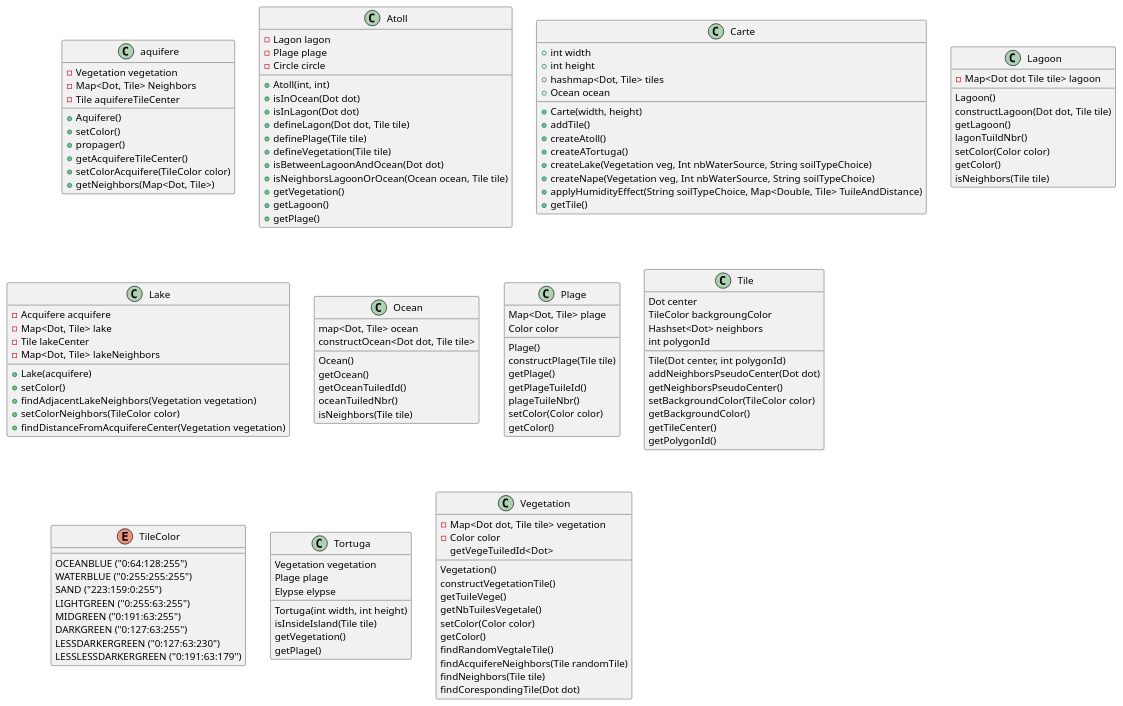
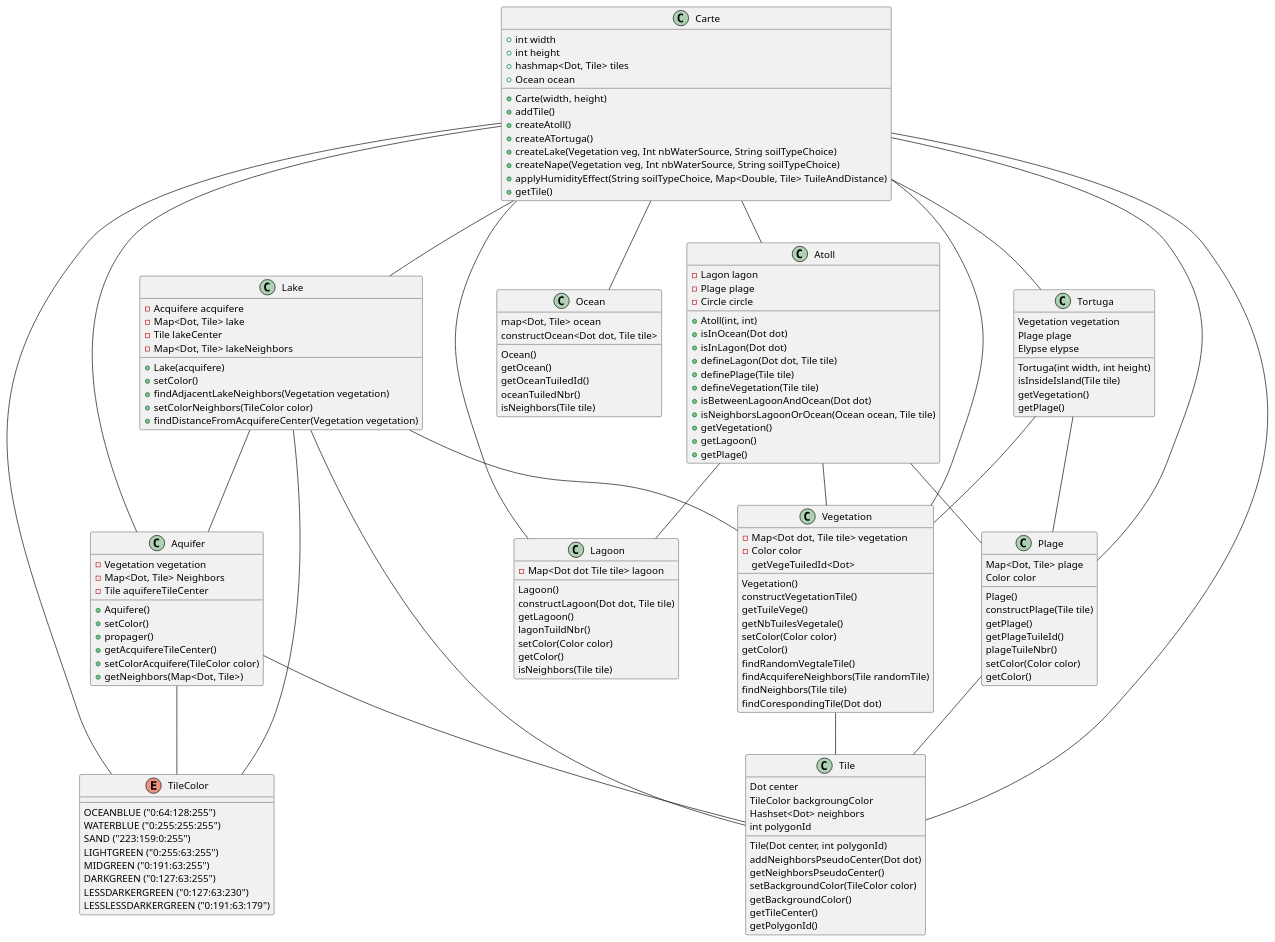
One commit to cryptoswarm/terrain-generator changed the diagram in diagrammeDeClasse_map.puml. Above: the diagram before and after it, drawn with PlantUML.

Commit message:
Link between class.

```diff
--- a/diagrammeDeClasse_map.puml
+++ b/diagrammeDeClasse_map.puml
@@ -1,140 +1,169 @@
 @startuml
 
-class aquifere {
+class Aquifer {
     - Vegetation vegetation
     - Map<Dot, Tile> Neighbors
     - Tile aquifereTileCenter
     + Aquifere()
     + setColor()
     + propager()
     + getAcquifereTileCenter()
     + setColorAcquifere(TileColor color)
     + getNeighbors(Map<Dot, Tile>)
 }
 
 class Atoll {
     - Lagon lagon
     - Plage plage
     - Circle circle
     + Atoll(int, int)
     + isInOcean(Dot dot)
     + isInLagon(Dot dot)
     + defineLagon(Dot dot, Tile tile)
     + definePlage(Tile tile)
     + defineVegetation(Tile tile)
     + isBetweenLagoonAndOcean(Dot dot)
     + isNeighborsLagoonOrOcean(Ocean ocean, Tile tile)
     + getVegetation()
     + getLagoon()
     + getPlage()
 }
 
 class Carte{
     + int width
     + int height
     + hashmap<Dot, Tile> tiles
     + Ocean ocean
     + Carte(width, height)
     + addTile()
     + createAtoll()
     + createATortuga()
     + createLake(Vegetation veg, Int nbWaterSource, String soilTypeChoice)
     + createNape(Vegetation veg, Int nbWaterSource, String soilTypeChoice)
     + applyHumidityEffect(String soilTypeChoice, Map<Double, Tile> TuileAndDistance)
     + getTile()
 }
 class Lagoon {
     - Map<Dot dot Tile tile> lagoon
     Lagoon()
     constructLagoon(Dot dot, Tile tile)
     getLagoon()
     lagonTuildNbr()
     setColor(Color color)
     getColor()
     isNeighbors(Tile tile)
 }
 
 class Lake{
     - Acquifere acquifere
     - Map<Dot, Tile> lake
     - Tile lakeCenter
     - Map<Dot, Tile> lakeNeighbors
     + Lake(acquifere)
     + setColor()
     + findAdjacentLakeNeighbors(Vegetation vegetation)
     + setColorNeighbors(TileColor color)
     + findDistanceFromAcquifereCenter(Vegetation vegetation)
 }
 class Ocean{
     map<Dot, Tile> ocean
     Ocean()
     constructOcean<Dot dot, Tile tile>
     getOcean()
     getOceanTuiledId()
     oceanTuiledNbr()
     isNeighbors(Tile tile)
 }
 
 class Plage{
     Map<Dot, Tile> plage
     Color color
     Plage()
     constructPlage(Tile tile)
     getPlage()
     getPlageTuileId()
     plageTuileNbr()
     setColor(Color color)
     getColor()
 }
 
 Class Tile{
     Dot center
     TileColor backgroungColor
     Hashset<Dot> neighbors
     int polygonId
     Tile(Dot center, int polygonId)
     addNeighborsPseudoCenter(Dot dot)
     getNeighborsPseudoCenter()
     setBackgroundColor(TileColor color)
     getBackgroundColor()
     getTileCenter()
     getPolygonId()
 }
 Enum TileColor{
     OCEANBLUE ("0:64:128:255")
     WATERBLUE ("0:255:255:255")
     SAND ("223:159:0:255")
     LIGHTGREEN ("0:255:63:255")
     MIDGREEN ("0:191:63:255")
     DARKGREEN ("0:127:63:255")
     LESSDARKERGREEN ("0:127:63:230")
     LESSLESSDARKERGREEN ("0:191:63:179")
 }
 
 Class Tortuga{
     Vegetation vegetation
     Plage plage
     Elypse elypse
     Tortuga(int width, int height)
     isInsideIsland(Tile tile)
     getVegetation()
     getPlage()
 }
 
 class Vegetation{
     - Map<Dot dot, Tile tile> vegetation
     - Color color
     Vegetation()
     constructVegetationTile()
     getTuileVege()
     getVegeTuiledId<Dot>
     getNbTuilesVegetale()
     setColor(Color color)
     getColor()
     findRandomVegtaleTile()
     findAcquifereNeighbors(Tile randomTile)
     findNeighbors(Tile tile)
     findCorespondingTile(Dot dot)
 }
 
+Carte -- Atoll
+Carte -- Tortuga
+Carte -- Tile
+Carte -- Lake
+Carte -- Vegetation
+Carte -- Plage
+Carte -- Ocean
+Carte -- Aquifer
+Carte -- TileColor
+Carte -- Lagoon
+
+Aquifer -- Tile
+Aquifer -- TileColor
+
+Atoll -- Plage
+Atoll -- Vegetation
+Atoll -- Lagoon
+
+Lake -- Aquifer
+Lake -- Tile
+Lake -- TileColor
+Lake -- Vegetation
+
+Plage -- Tile
+
+Tortuga -- Plage
+Tortuga -- Vegetation
+
+Vegetation -- Tile
 @enduml
```
